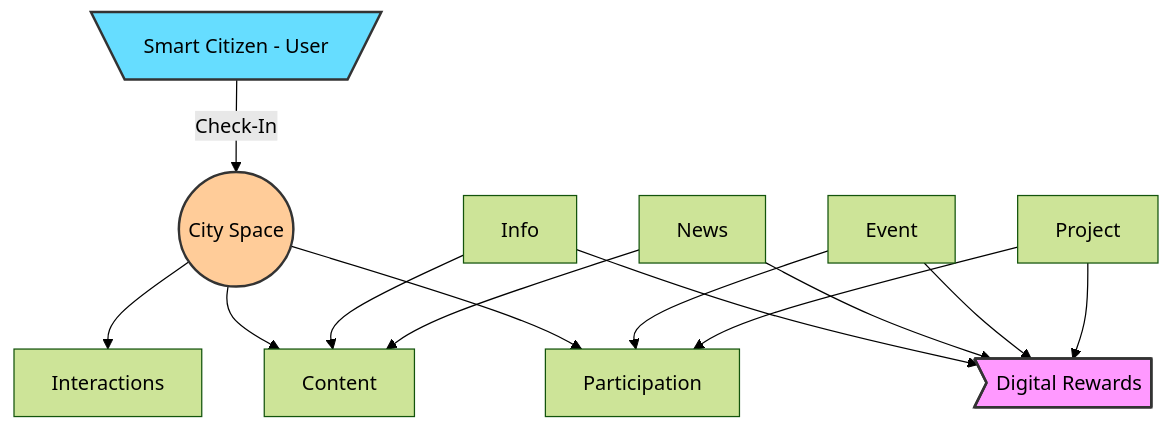
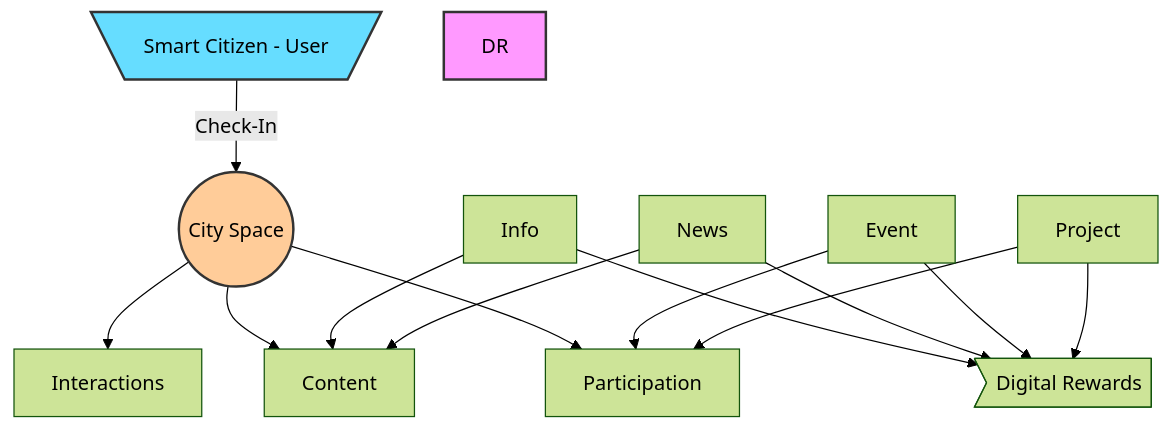
Before and after one commit to cityos-work/cityos-dev: the second of 2 diagrams in pages/elements/city-spaces.md, drawn with Mermaid (forest theme).

````diff
--- a/pages/elements/city-spaces.md
+++ b/pages/elements/city-spaces.md
@@ -33,21 +33,19 @@
 ```mermaid
 graph TD;
     U[\Smart Citizen - User/]-- Check-In -->CS((City Space));
     CS-->CSI[Interactions];
     CS-->CSC[Content];
     
     INFO[Info]-->CSC;
     NEWS[News]-->CSC;
-    
+    INFO-->REWARD>Digital Rewards];
+    NEWS-->REWARD;
     CS-->CSP[Participation];
     EVENT[Event]-->CSP;
     PROJECT[Project]-->CSP;
-    
-    INFO-->DR>Digital Rewards];
-    NEWS-->DR;
-    EVENT-->DR;
-    PROJECT-->DR;
+    EVENT-->REWARD;
+    PROJECT-->REWARD;
     style U fill:#6df,stroke:#333,stroke-width:2px
     style CS fill:#fc9,stroke:#333,stroke-width:2px
     style DR fill:#f9f,stroke:#333,stroke-width:2px
 ```
````
